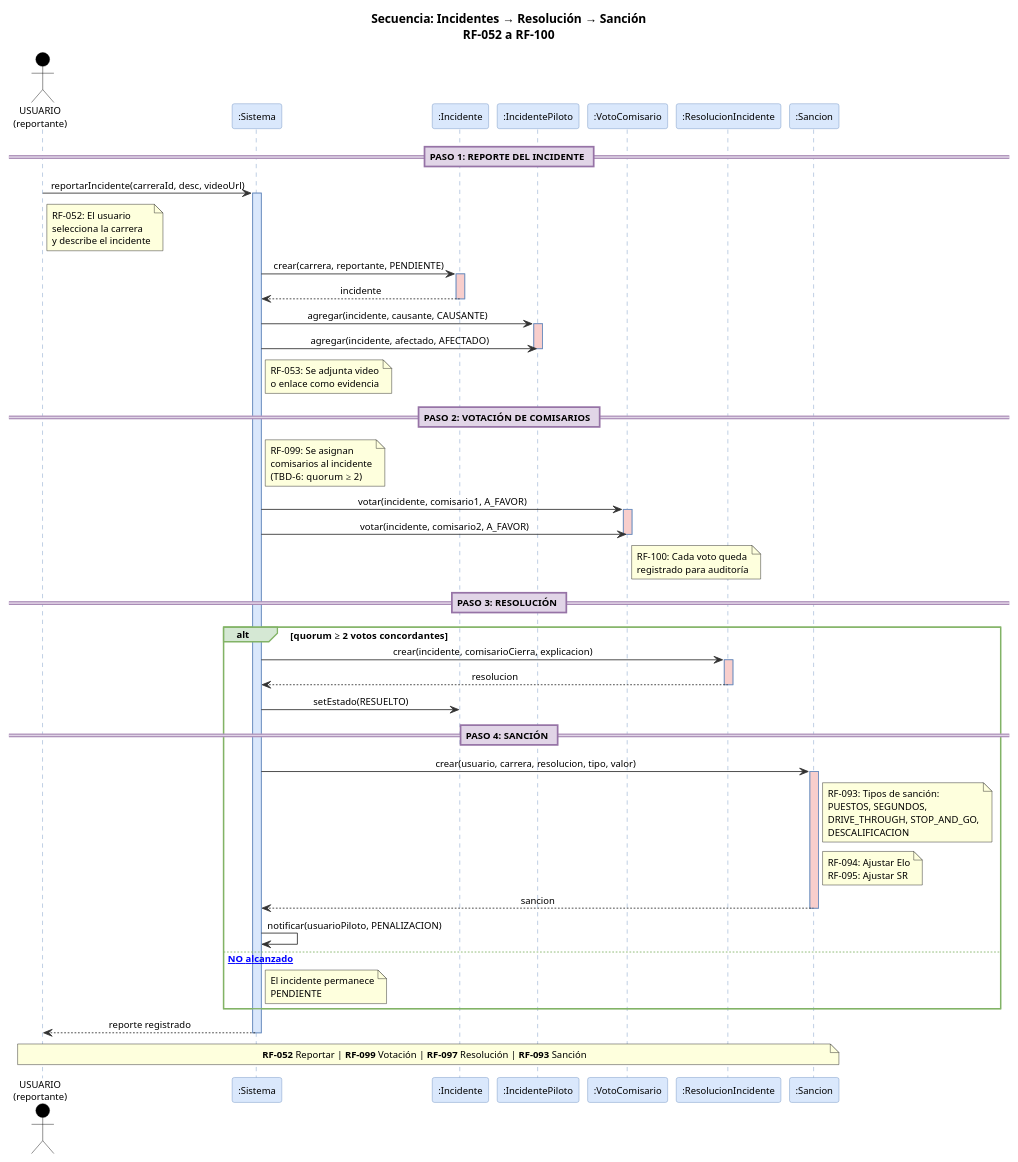
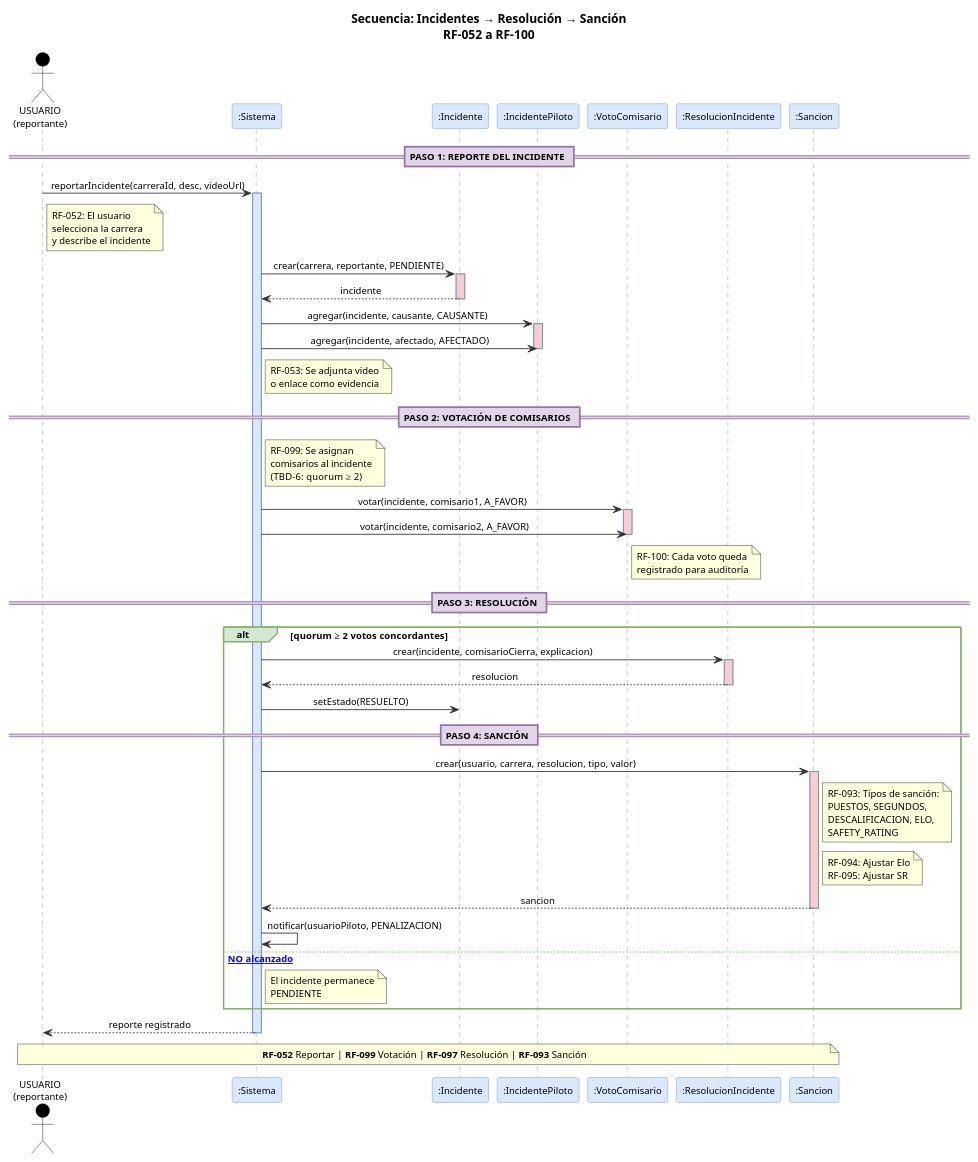
The diagram in docs/uml-seq-incidentes.puml (matifl3/LFMN), drawn with PlantUML before and after one commit. The commit also changed 5 other files, not shown here.

First line of the commit message:
refactor(sanciones): quitar los tipos DRIVE_THROUGH y STOP_AND_GO

```diff
--- a/docs/uml-seq-incidentes.puml
+++ b/docs/uml-seq-incidentes.puml
@@ -1,100 +1,100 @@
 @startuml uml-seq-incidentes
 ' ═══════════════════════════════════════════════════════════════════════
 ' Diagrama de Secuencia: Incidentes → Resolución → Sanción
 ' Flujo C del sistema Low Fuel Motorsport
 ' ═══════════════════════════════════════════════════════════════════════
 
 skinparam sequenceMessageAlign center
 skinparam defaultFontSize 11
 skinparam shadowing false
 skinparam responseMessageBelowArrow true
 
 skinparam sequence {
   ParticipantBackgroundColor #dae8fc
   ParticipantBorderColor #6c8ebf
   ActorBackgroundColor #000000
   ActorBorderColor #000000
   LifeLineBackgroundColor #f5f5f5
   LifeLineBorderColor #6c8ebf
   ArrowColor #333333
   DividerBackgroundColor #e1d5e7
   DividerBorderColor #9673a6
   GroupBackgroundColor #d5e8d4
   GroupBorderColor #82b366
   NoteBackgroundColor #fff2cc
   NoteBorderColor #d6b656
 }
 
 title **Secuencia: Incidentes → Resolución → Sanción**\nRF-052 a RF-100
 
 actor "USUARIO\n(reportante)" as U
 participant ":Sistema" as S
 participant ":Incidente" as INC
 participant ":IncidentePiloto" as IP
 participant ":VotoComisario" as VC
 participant ":ResolucionIncidente" as RES
 participant ":Sancion" as SAN
 
 == PASO 1: REPORTE DEL INCIDENTE ==
 
 U -> S : reportarIncidente(carreraId, desc, videoUrl)
 activate S #dae8fc
 
 note right of U : RF-052: El usuario\nselecciona la carrera\ny describe el incidente
 
 S -> INC : crear(carrera, reportante, PENDIENTE)
 activate INC #f8cecc
 INC --> S : incidente
 deactivate INC
 
 S -> IP : agregar(incidente, causante, CAUSANTE)
 activate IP #f8cecc
 S -> IP : agregar(incidente, afectado, AFECTADO)
 deactivate IP
 
 note right of S : RF-053: Se adjunta video\no enlace como evidencia
 
 == PASO 2: VOTACIÓN DE COMISARIOS ==
 
 note right of S : RF-099: Se asignan\ncomisarios al incidente\n(TBD-6: quorum ≥ 2)
 
 S -> VC : votar(incidente, comisario1, A_FAVOR)
 activate VC #f8cecc
 S -> VC : votar(incidente, comisario2, A_FAVOR)
 deactivate VC
 
 note right of VC : RF-100: Cada voto queda\nregistrado para auditoría
 
 == PASO 3: RESOLUCIÓN ==
 
 group alt [quorum ≥ 2 votos concordantes]
   S -> RES : crear(incidente, comisarioCierra, explicacion)
   activate RES #f8cecc
   RES --> S : resolucion
   deactivate RES
 
   S -> INC : setEstado(RESUELTO)
 
   == PASO 4: SANCIÓN ==
   S -> SAN : crear(usuario, carrera, resolucion, tipo, valor)
   activate SAN #f8cecc
 
-  note right of SAN : RF-093: Tipos de sanción:\nPUESTOS, SEGUNDOS,\nDRIVE_THROUGH, STOP_AND_GO,\nDESCALIFICACION
+  note right of SAN : RF-093: Tipos de sanción:\nPUESTOS, SEGUNDOS,\nDESCALIFICACION, ELO,\nSAFETY_RATING
 
   note right of SAN : RF-094: Ajustar Elo\nRF-095: Ajustar SR
 
   SAN --> S : sancion
   deactivate SAN
 
   S -> S : notificar(usuarioPiloto, PENALIZACION)
 
 else [quorum NO alcanzado]
   note right of S : El incidente permanece\nPENDIENTE
 end
 
 S --> U : reporte registrado
 deactivate S
 
 note over U, SAN : **RF-052** Reportar | **RF-099** Votación | **RF-097** Resolución | **RF-093** Sanción
 
 @enduml
```
